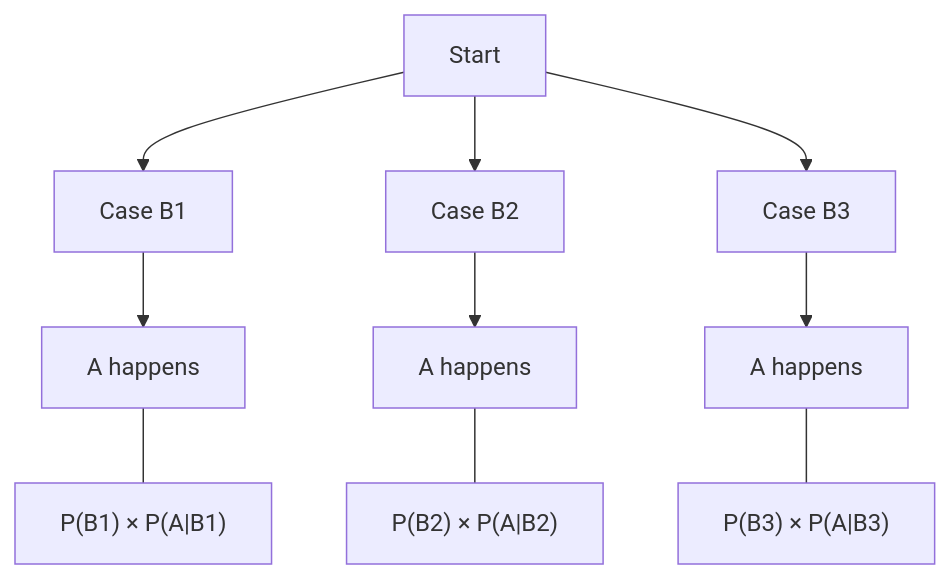
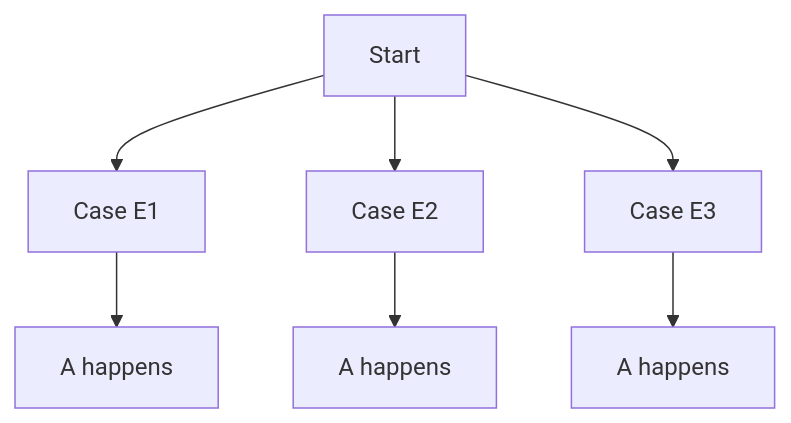
Before and after one commit to arshadhs/arshadhs.github.io: the second of 3 diagrams in content/docs/ai/statistics/02_Conditional_Prob_Bayes_theorem.md, drawn with Mermaid. The commit also changed other lines of this file, not shown here.

```diff
--- a/content/docs/ai/statistics/02_Conditional_Prob_Bayes_theorem.md
+++ b/content/docs/ai/statistics/02_Conditional_Prob_Bayes_theorem.md
@@ -192,14 +173,9 @@
 {{< mermaid >}}
 flowchart TD
-  S[Start] --> B1[Case B1]
-  S --> B2[Case B2]
-  S --> B3[Case B3]
-
-  B1 --> A1[A happens]
-  B2 --> A2[A happens]
-  B3 --> A3[A happens]
-
-  A1 --- W1["P(B1) × P(A|B1)"]
-  A2 --- W2["P(B2) × P(A|B2)"]
-  A3 --- W3["P(B3) × P(A|B3)"]
+  S[Start] --> E1[Case E1]
+  S --> E2[Case E2]
+  S --> E3[Case E3]
+  E1 --> A1["A happens"]
+  E2 --> A2["A happens"]
+  E3 --> A3["A happens"]
 {{< /mermaid >}}
```
